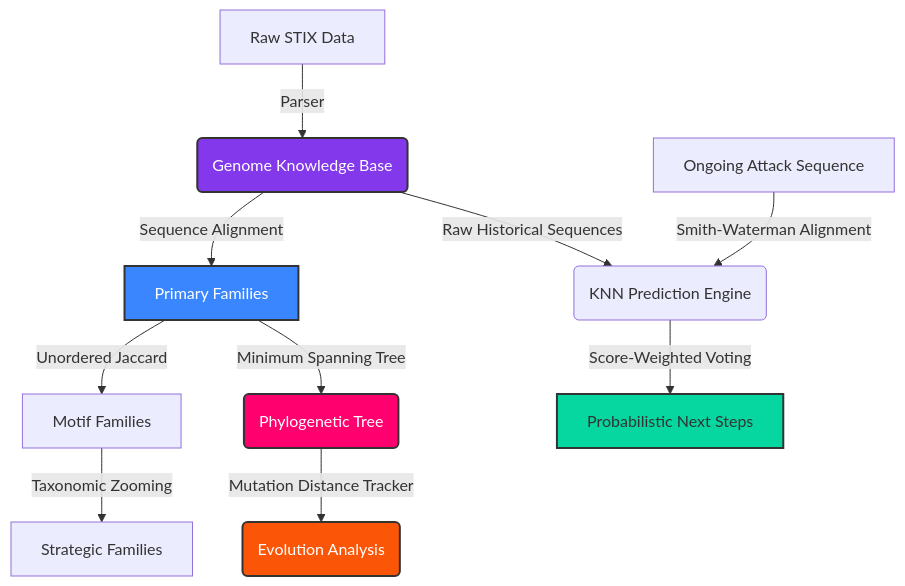
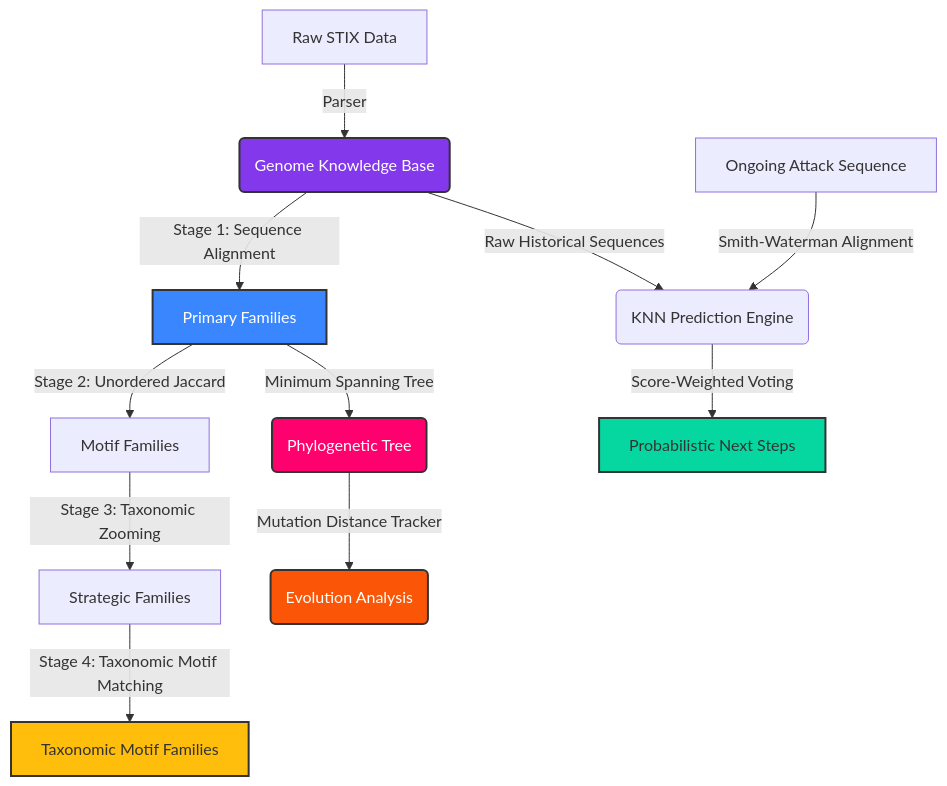
The diagram in README.md (rakesh-pathuri/CyberPhylogeny), drawn with Mermaid before and after one commit. The commit also changed other lines of this file, not shown here.

Commit message:
Update README with Stage 4 and latest DB outputs

````diff
--- a/README.md
+++ b/README.md
@@ -66,24 +66,26 @@
 ```mermaid
 graph TD
     A[Raw STIX Data] -->|Parser| B(Genome Knowledge Base)
     
     %% Clustering Pipeline
-    B -->|Sequence Alignment| C[Primary Families]
-    C -->|Unordered Jaccard| D[Motif Families]
-    D -->|Taxonomic Zooming| E[Strategic Families]
+    B -->|Stage 1: Sequence Alignment| C[Primary Families]
+    C -->|Stage 2: Unordered Jaccard| D[Motif Families]
+    D -->|Stage 3: Taxonomic Zooming| E[Strategic Families]
+    E -->|Stage 4: Taxonomic Motif Matching| K[Taxonomic Motif Families]
     
     %% Evolution Pipeline (Centerpiece)
     C -->|Minimum Spanning Tree| I(Phylogenetic Tree)
     I -->|Mutation Distance Tracker| J(Evolution Analysis)
     
     %% Prediction Pipeline
     F[Ongoing Attack Sequence] -->|Smith-Waterman Alignment| G(KNN Prediction Engine)
     B -->|Raw Historical Sequences| G
     G -->|Score-Weighted Voting| H[Probabilistic Next Steps]
     
     style B fill:#8338ec,stroke:#333,stroke-width:2px,color:#fff
     style C fill:#3a86ff,stroke:#333,stroke-width:2px,color:#fff
     style I fill:#ff006e,stroke:#333,stroke-width:2px,color:#fff
     style J fill:#fb5607,stroke:#333,stroke-width:2px,color:#fff
     style H fill:#06d6a0,stroke:#333,stroke-width:2px,color:#black
+    style K fill:#ffbe0b,stroke:#333,stroke-width:2px,color:#black
 ```
````
